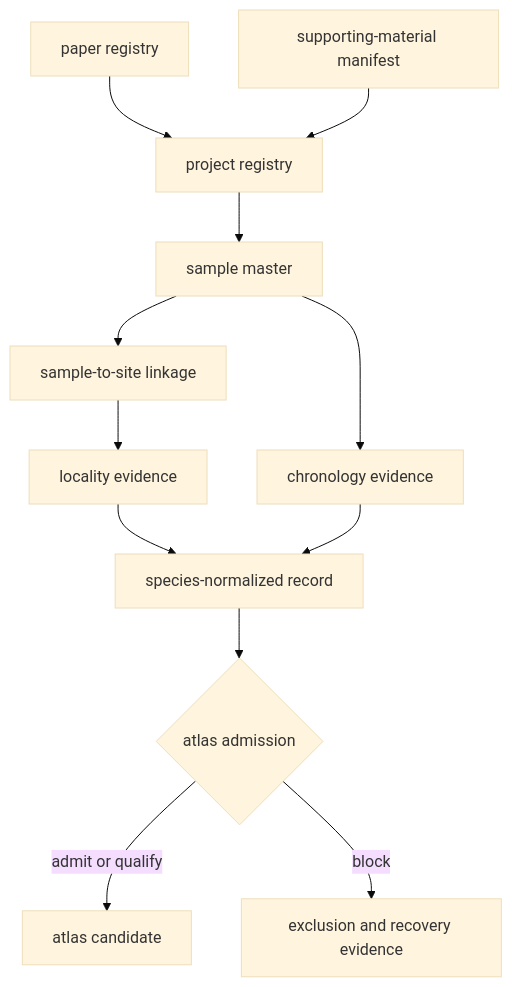
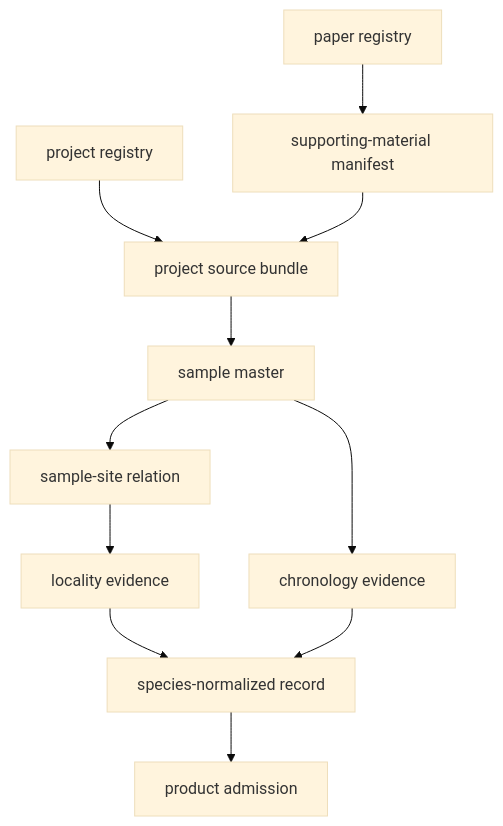
The second of 2 diagrams in docs/public/pollenomics-data/overview/data-architecture-handbook.md (bijux/bijux-pollenomics), drawn with Mermaid (base theme) before and after one commit. The commit also changed other lines of this file and 2 other files, not shown here.

````diff
--- a/docs/public/pollenomics-data/overview/data-architecture-handbook.md
+++ b/docs/public/pollenomics-data/overview/data-architecture-handbook.md
@@ -54,14 +73,13 @@
 ```mermaid
 flowchart TB
-    Paper["paper registry"] --> Project["project registry"]
-    Supplement["supporting-material manifest"] --> Project
-    Project --> Master["sample master"]
-    Master --> Site["sample-to-site linkage"]
+    Paper["paper registry"] --> Supplement["supporting-material manifest"]
+    Project["project registry"] --> Bundle["project source bundle"]
+    Supplement --> Bundle
+    Bundle --> Master["sample master"]
+    Master --> Site["sample-site relation"]
     Site --> Locality["locality evidence"]
     Master --> Chronology["chronology evidence"]
     Locality --> Species["species-normalized record"]
     Chronology --> Species
-    Species --> Candidate{"atlas admission"}
-    Candidate -->|admit or qualify| Atlas["atlas candidate"]
-    Candidate -->|block| Ledger["exclusion and recovery evidence"]
+    Species --> Admission["product admission"]
 ```
````
